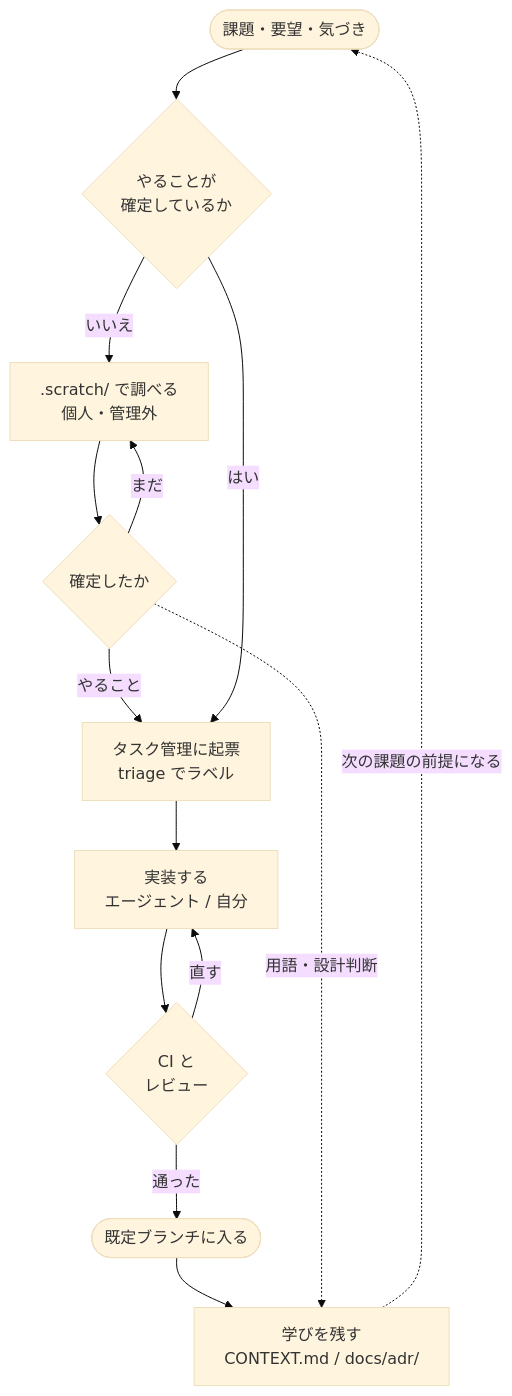
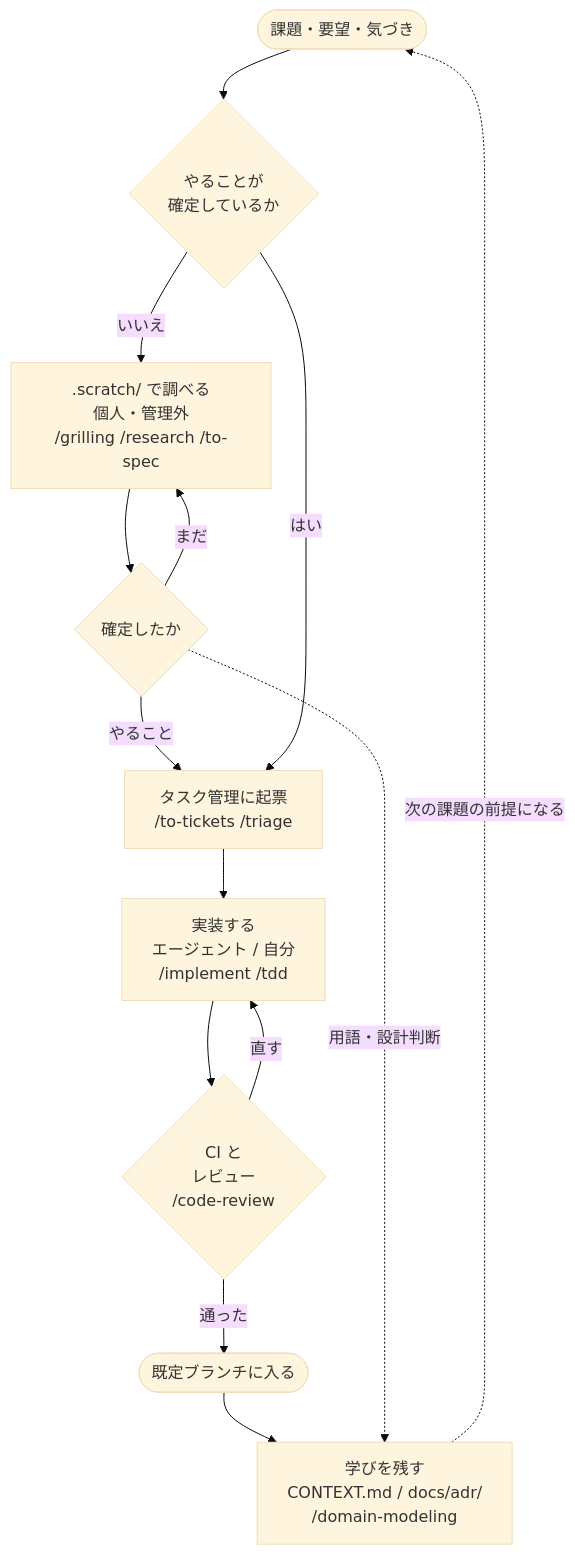
One commit to hirunefu/my-development-template-for-github-copilot changed the diagram in docs/onboarding.md. Above: the diagram before and after it, drawn with Mermaid (base theme). The commit also changed other lines of this file, not shown here.

````diff
--- a/docs/onboarding.md
+++ b/docs/onboarding.md
@@ -64,16 +64,16 @@
 ```mermaid
 flowchart TB
     idea(["課題・要望・気づき"]) --> fixed{"やることが<br/>確定しているか"}
-    fixed -->|いいえ| scratch[".scratch/ で調べる<br/>個人・管理外"]
+    fixed -->|いいえ| scratch[".scratch/ で調べる<br/>個人・管理外<br/>/grilling /research /to-spec"]
     scratch --> settled{"確定したか"}
     settled -->|まだ| scratch
     settled -->|やること| task
-    fixed -->|はい| task["タスク管理に起票<br/>triage でラベル"]
-    task --> impl["実装する<br/>エージェント / 自分"]
-    impl --> check{"CI と<br/>レビュー"}
+    fixed -->|はい| task["タスク管理に起票<br/>/to-tickets /triage"]
+    task --> impl["実装する<br/>エージェント / 自分<br/>/implement /tdd"]
+    impl --> check{"CI と<br/>レビュー<br/>/code-review"}
     check -->|直す| impl
     check -->|通った| merged(["既定ブランチに入る"])
-    merged --> keep["学びを残す<br/>CONTEXT.md / docs/adr/"]
+    merged --> keep["学びを残す<br/>CONTEXT.md / docs/adr/<br/>/domain-modeling"]
     settled -.->|用語・設計判断| keep
     keep -.->|次の課題の前提になる| idea
 ```
````
